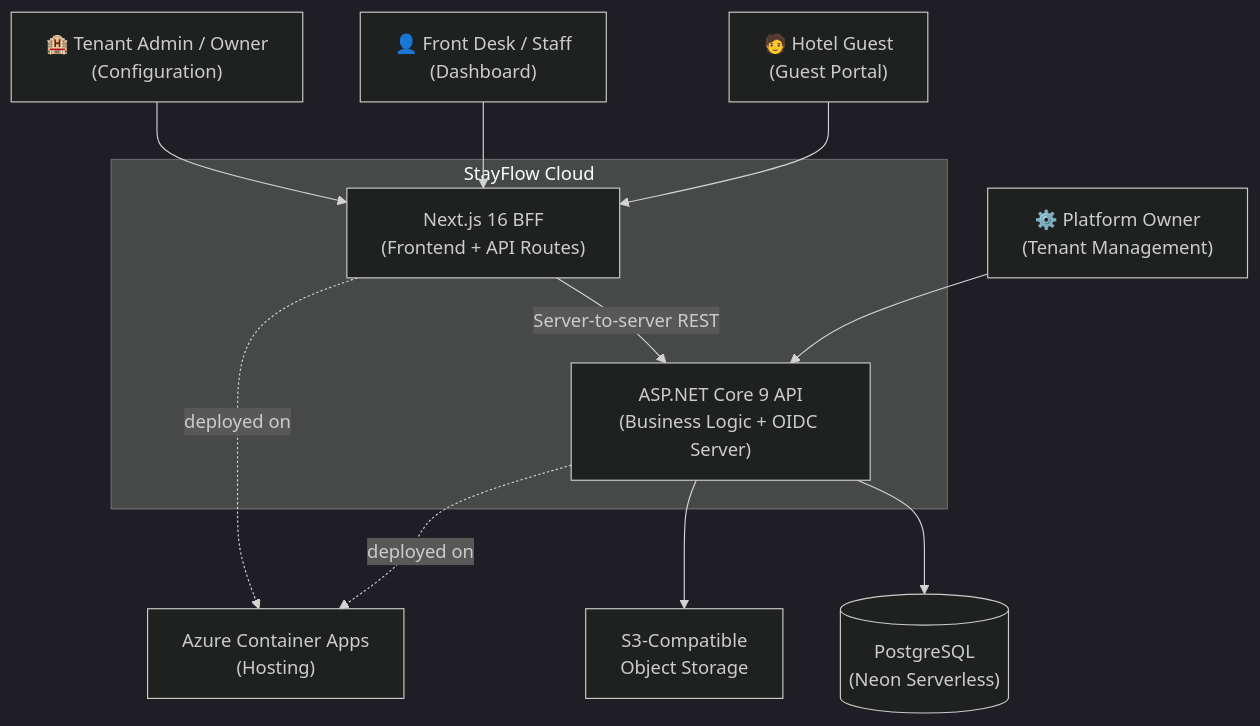
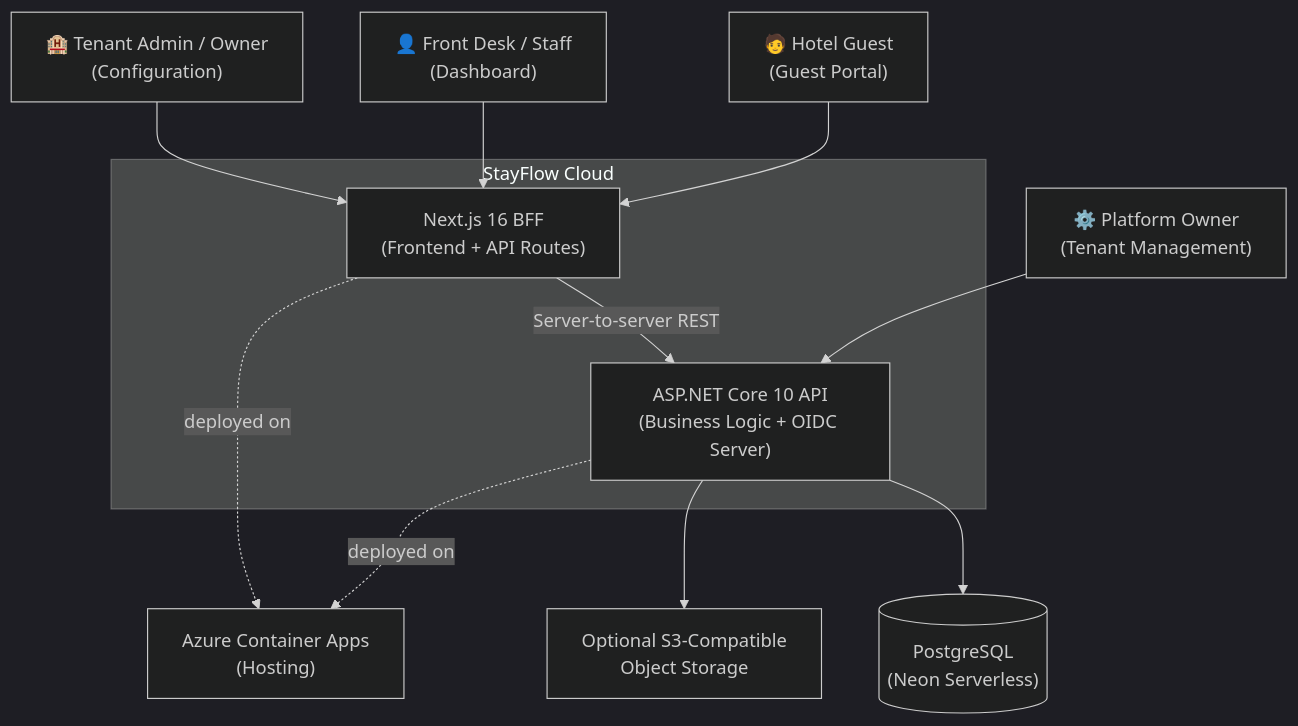
One commit to DRTX2/stay-flow-cloud changed the first of 3 diagrams in docs/ARCHITECTURE.md. Above: the diagram before and after it, drawn with Mermaid (dark theme). The commit also changed other lines of this file and 122 other files, not shown here.

````diff
--- a/docs/ARCHITECTURE.md
+++ b/docs/ARCHITECTURE.md
@@ -11,26 +11,26 @@
 ```mermaid
 graph TB
     Guest["🧑 Hotel Guest\n(Guest Portal)"]
     Staff["👤 Front Desk / Staff\n(Dashboard)"]
     Admin["🏨 Tenant Admin / Owner\n(Configuration)"]
     Platform["⚙️ Platform Owner\n(Tenant Management)"]
 
     subgraph "StayFlow Cloud"
         Web["Next.js 16 BFF\n(Frontend + API Routes)"]
-        API["ASP.NET Core 9 API\n(Business Logic + OIDC Server)"]
+        API["ASP.NET Core 10 API\n(Business Logic + OIDC Server)"]
     end
 
     DB[("PostgreSQL\n(Neon Serverless)")]
-    Storage["S3-Compatible\nObject Storage"]
+    Storage["Optional S3-Compatible\nObject Storage"]
     ACA["Azure Container Apps\n(Hosting)"]
 
     Guest --> Web
     Staff --> Web
     Admin --> Web
     Platform --> API
     Web -->|Server-to-server REST| API
     API --> DB
     API --> Storage
     Web -.->|deployed on| ACA
     API -.->|deployed on| ACA
 ```
````
